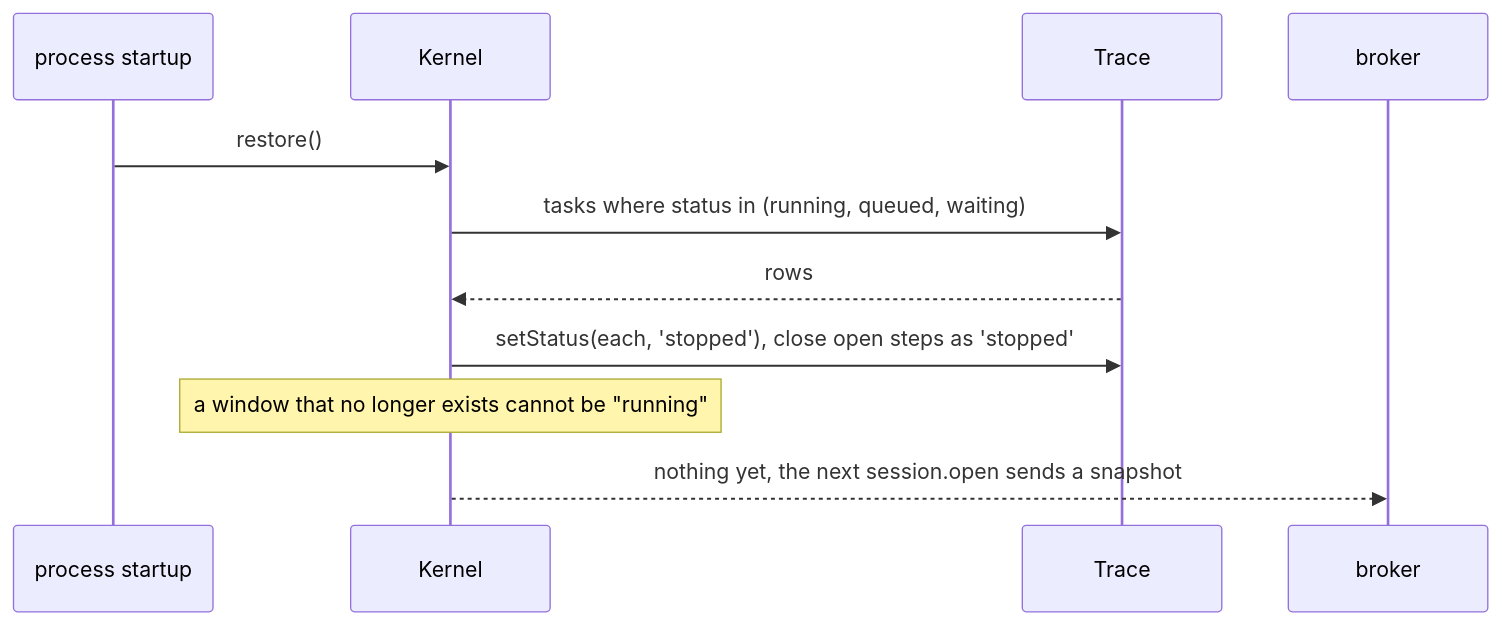
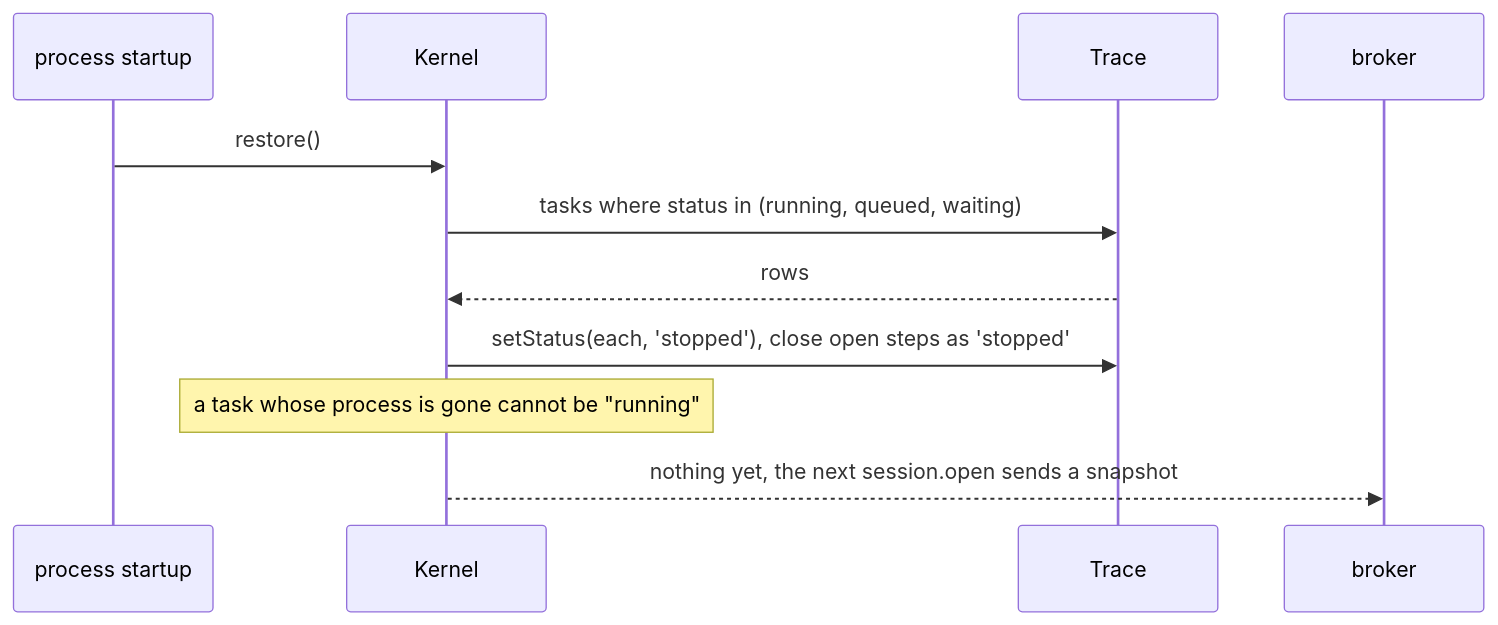
One commit to ziyangliu-666/lumen-next changed diagram 14 of 16 in docs/ARCHITECTURE.md. Above: the diagram before and after it, drawn with Mermaid. The commit also changed other lines of this file and 5 other files, not shown here.

````diff
--- a/docs/ARCHITECTURE.md
+++ b/docs/ARCHITECTURE.md
@@ -663,13 +663,13 @@
 ```mermaid
 sequenceDiagram
   participant P as process startup
   participant K as Kernel
   participant T as Trace
   participant B as broker
   P->>K: restore()
   K->>T: tasks where status in (running, queued, waiting)
   T-->>K: rows
   K->>T: setStatus(each, 'stopped'), close open steps as 'stopped'
-  Note over K: a window that no longer exists cannot be "running"
+  Note over K: a task whose process is gone cannot be "running"
   K-->>B: nothing yet, the next session.open sends a snapshot
 ```
````
